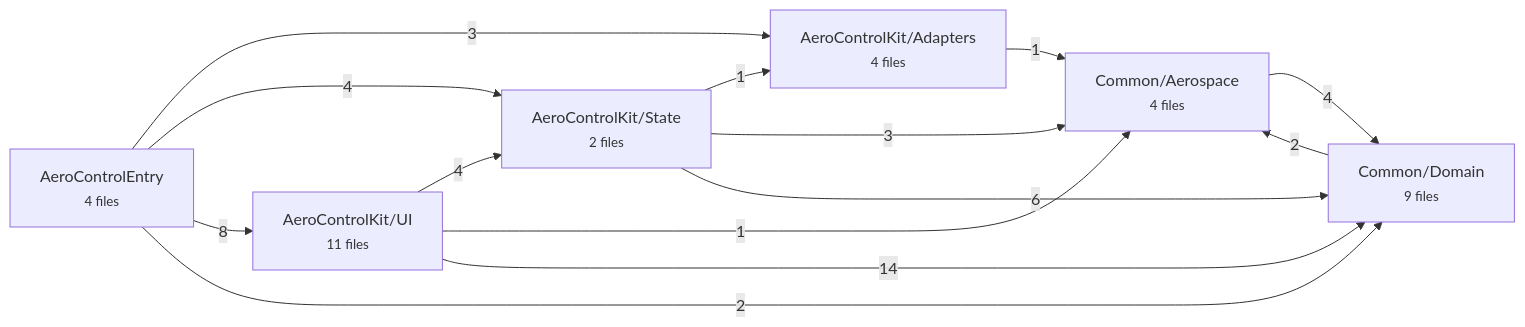
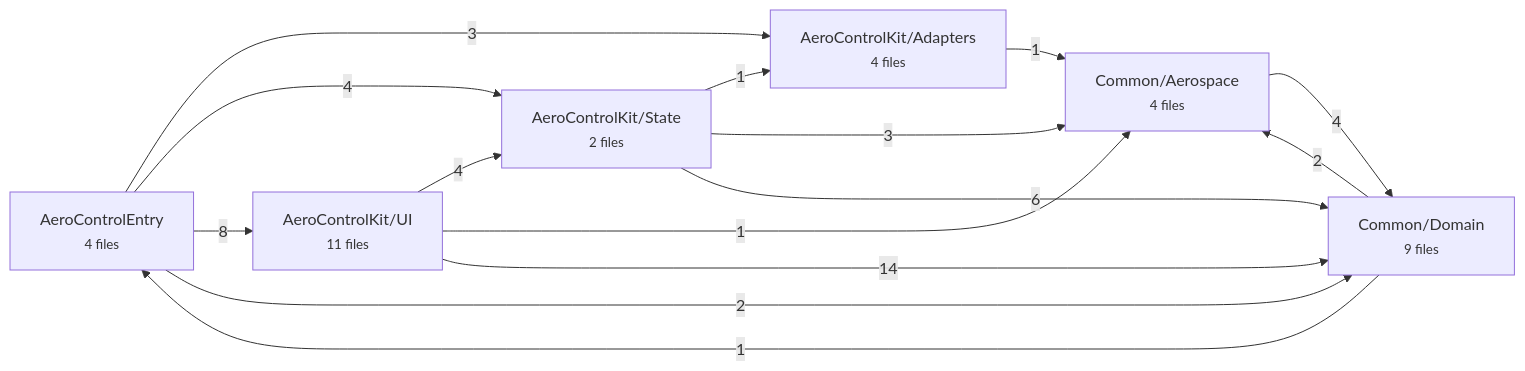
The second of 5 diagrams in docs/architecture.md (kim-raaschou/AeroControl), drawn with Mermaid before and after one commit. The commit also changed other lines of this file and 9 other files, not shown here.

````diff
--- a/docs/architecture.md
+++ b/docs/architecture.md
@@ -66,22 +66,23 @@
 ```mermaid
 flowchart LR
     Sources_AeroControlEntry["AeroControlEntry<br/><small>4 files</small>"]
     Sources_AeroControlKit_Adapters["AeroControlKit/Adapters<br/><small>4 files</small>"]
     Sources_AeroControlKit_State["AeroControlKit/State<br/><small>2 files</small>"]
     Sources_AeroControlKit_UI["AeroControlKit/UI<br/><small>11 files</small>"]
     Sources_Common_Aerospace["Common/Aerospace<br/><small>4 files</small>"]
     Sources_Common_Domain["Common/Domain<br/><small>9 files</small>"]
     Sources_AeroControlEntry -->|3| Sources_AeroControlKit_Adapters
     Sources_AeroControlEntry -->|4| Sources_AeroControlKit_State
     Sources_AeroControlEntry -->|8| Sources_AeroControlKit_UI
     Sources_AeroControlEntry -->|2| Sources_Common_Domain
     Sources_AeroControlKit_Adapters -->|1| Sources_Common_Aerospace
     Sources_AeroControlKit_State -->|1| Sources_AeroControlKit_Adapters
     Sources_AeroControlKit_State -->|3| Sources_Common_Aerospace
     Sources_AeroControlKit_State -->|6| Sources_Common_Domain
     Sources_AeroControlKit_UI -->|4| Sources_AeroControlKit_State
     Sources_AeroControlKit_UI -->|1| Sources_Common_Aerospace
     Sources_AeroControlKit_UI -->|14| Sources_Common_Domain
     Sources_Common_Aerospace -->|4| Sources_Common_Domain
+    Sources_Common_Domain -->|1| Sources_AeroControlEntry
     Sources_Common_Domain -->|2| Sources_Common_Aerospace
 ```
````
